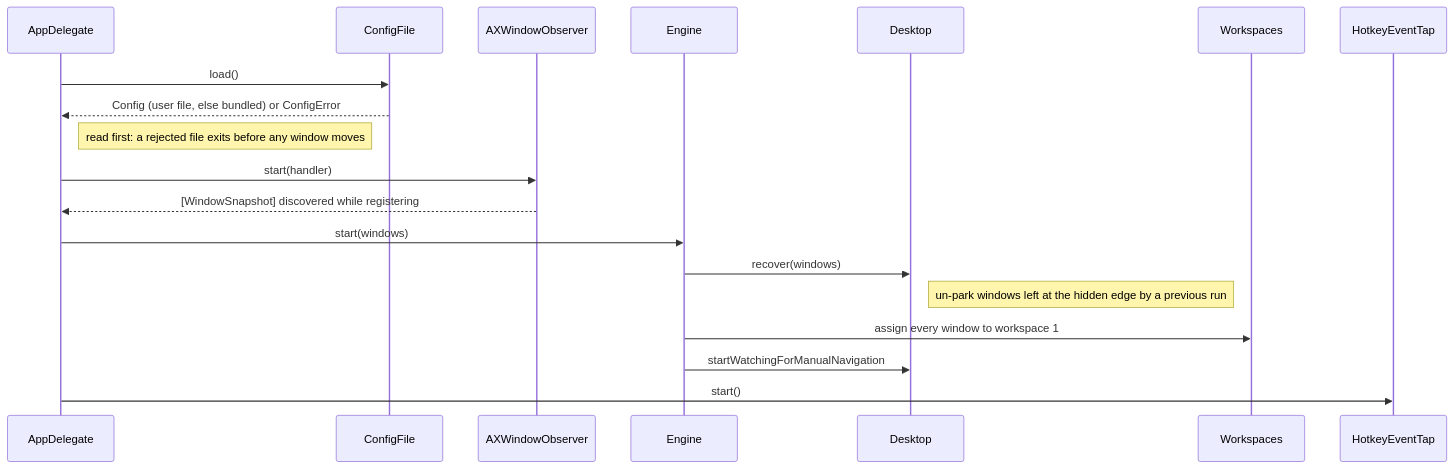
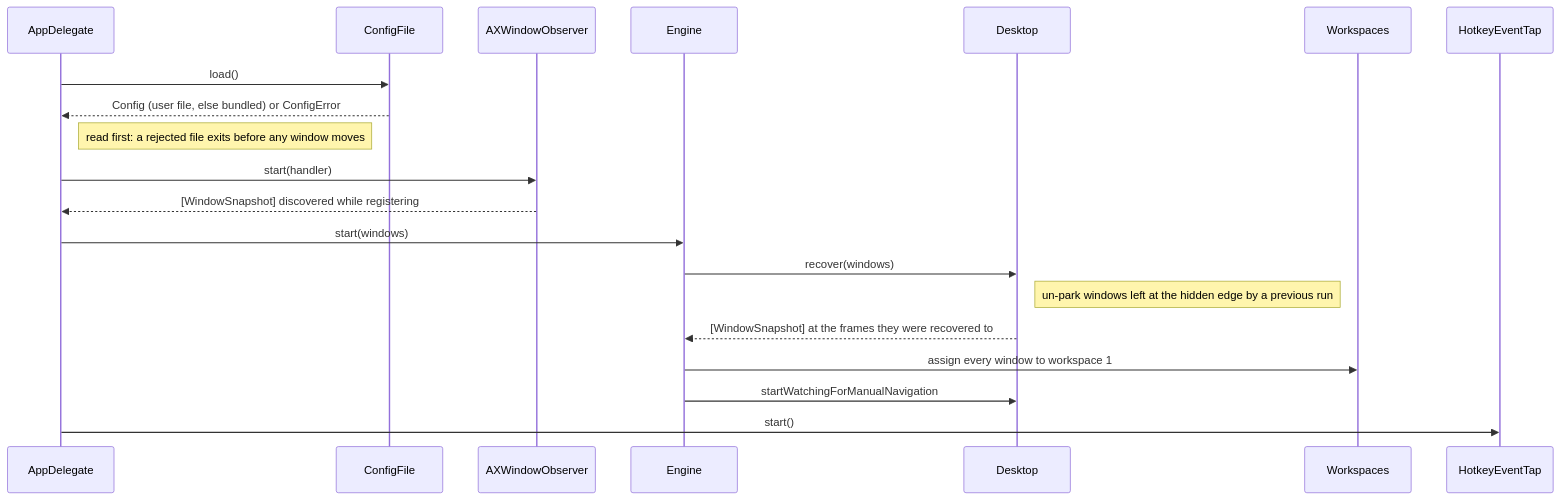
One commit to brennovich/ottowm changed the second of 4 diagrams in ARCHITECTURE.md. Above: the diagram before and after it, drawn with Mermaid. The commit also changed other lines of this file and 10 other files, not shown here.

````diff
--- a/ARCHITECTURE.md
+++ b/ARCHITECTURE.md
@@ -71,14 +71,15 @@
 ```mermaid
 sequenceDiagram
     AppDelegate->>ConfigFile: load()
     ConfigFile-->>AppDelegate: Config (user file, else bundled) or ConfigError
     Note right of AppDelegate: read first: a rejected file exits before any window moves
     AppDelegate->>AXWindowObserver: start(handler)
     AXWindowObserver-->>AppDelegate: [WindowSnapshot] discovered while registering
     AppDelegate->>Engine: start(windows)
     Engine->>Desktop: recover(windows)
     Note right of Desktop: un-park windows left at the hidden edge by a previous run
+    Desktop-->>Engine: [WindowSnapshot] at the frames they were recovered to
     Engine->>Workspaces: assign every window to workspace 1
     Engine->>Desktop: startWatchingForManualNavigation
     AppDelegate->>HotkeyEventTap: start()
 ```
````
